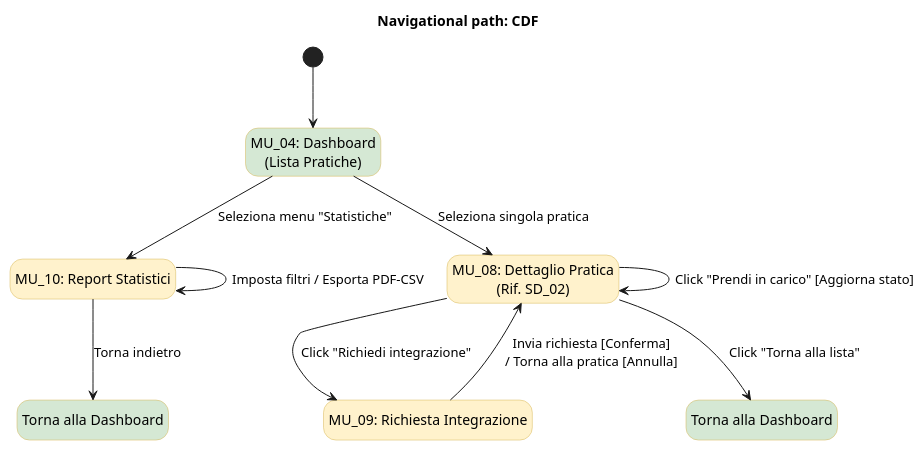
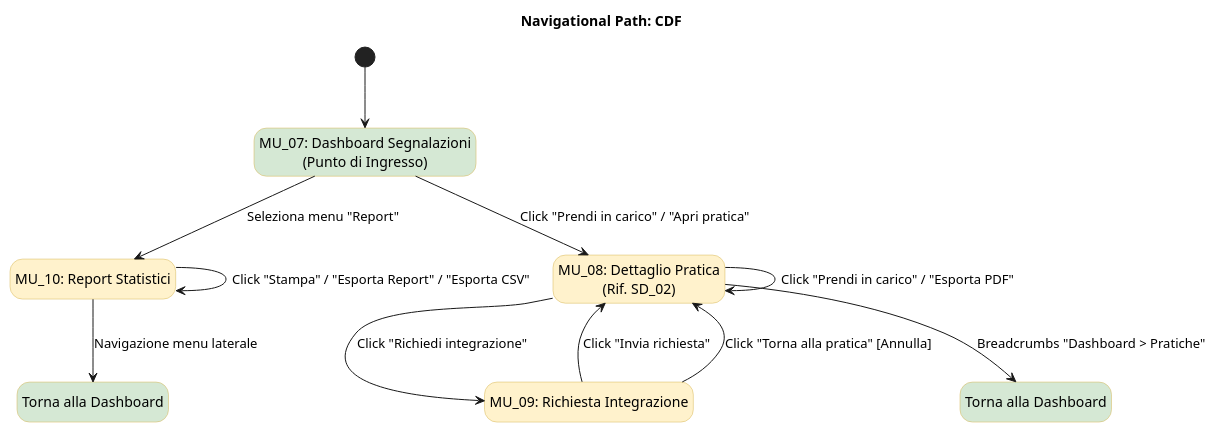
The diagram in docs/models/navigational/NP_02_CDF.puml (pharos-oss/pharos), drawn with PlantUML before and after one commit. The commit also changed 4 other files, not shown here.

```diff
--- a/docs/models/navigational/NP_02_CDF.puml
+++ b/docs/models/navigational/NP_02_CDF.puml
@@ -1,44 +1,43 @@
 @startuml NavigationalPath_CDF
-title Navigational path: CDF
+title Navigational Path: CDF
 hide empty description
 
 skinparam DefaultFontName Arial
 skinparam nodesep 50
 skinparam ranksep 60
+
 skinparam StateStartColor Black
 skinparam StateEndColor Black
 
 skinparam state {
     BackgroundColor #FFF2CC
     BorderColor #D6B656
 }
 
-' Punto di ingresso
-state "MU_04: Dashboard\n(Lista Pratiche)" as Dashboard #D5E8D4
+state "MU_07: Dashboard Segnalazioni\n(Punto di Ingresso)" as Dashboard #D5E8D4
 
-' Schermate
 state "MU_10: Report Statistici" as MU10
 state "MU_08: Dettaglio Pratica\n(Rif. SD_02)" as MU08
 state "MU_09: Richiesta Integrazione" as MU09
 
-' Nodi terminatori per il ritorno
 state "Torna alla Dashboard" as R1 #D5E8D4
 state "Torna alla Dashboard" as R2 #D5E8D4
 
 [*] --> Dashboard
 
 ' --- FLUSSO REPORTISTICA ---
-Dashboard --> MU10 : Seleziona menu "Statistiche"
-MU10 --> MU10 : Imposta filtri / Esporta PDF-CSV
-MU10 --> R1 : Torna indietro
+Dashboard --> MU10 : Seleziona menu "Report"
+MU10 --> MU10 : Click "Stampa" / "Esporta Report" / "Esporta CSV"
+MU10 --> R1 : Navigazione menu laterale
 
 ' --- FLUSSO GESTIONE SINGOLA PRATICA ---
-Dashboard --> MU08 : Seleziona singola pratica
-MU08 --> MU08 : Click "Prendi in carico" [Aggiorna stato]
-MU08 --> R2 : Click "Torna alla lista"
+Dashboard --> MU08 : Click "Prendi in carico" / "Apri pratica"
+MU08 --> MU08 : Click "Prendi in carico" / "Esporta PDF"
+MU08 --> R2 : Breadcrumbs "Dashboard > Pratiche"
 
 ' --- RICHIESTA INTEGRAZIONI (Sotto-flusso) ---
 MU08 --> MU09 : Click "Richiedi integrazione"
-MU09 --> MU08 : Invia richiesta [Conferma]\n/ Torna alla pratica [Annulla]
+MU09 --> MU08 : Click "Invia richiesta"
+MU09 --> MU08 : Click "Torna alla pratica" [Annulla]
 
 @enduml
```
